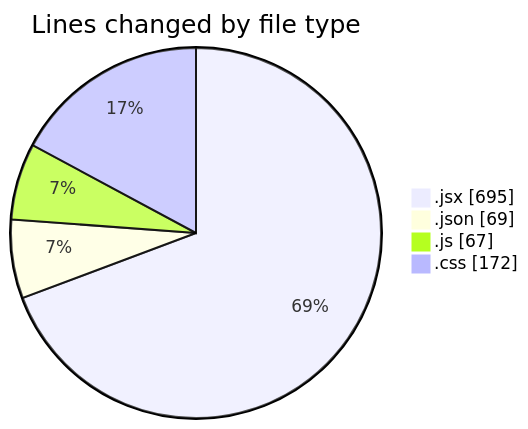
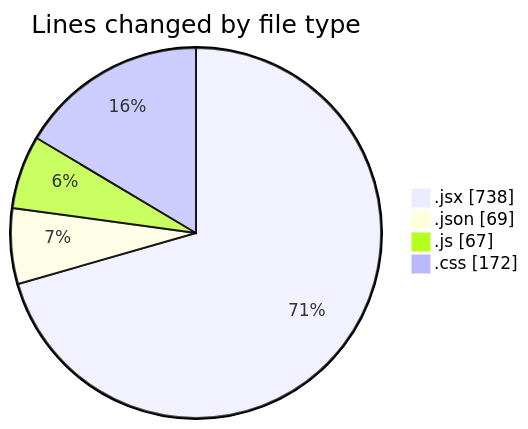
The first of 2 diagrams in 2025-05-04/project/README.md (BS-eng2023/code-tracking), drawn with Mermaid before and after one commit. The commit also changed other lines of this file and 1 other file, not shown here.

````diff
--- a/2025-05-04/project/README.md
+++ b/2025-05-04/project/README.md
@@ -34,8 +34,8 @@
 ```mermaid
 pie showData
 title Lines changed by file type
-".jsx" : 695
+".jsx" : 738
 ".json" : 69
 ".js" : 67
 ".css" : 172
 ```
````
